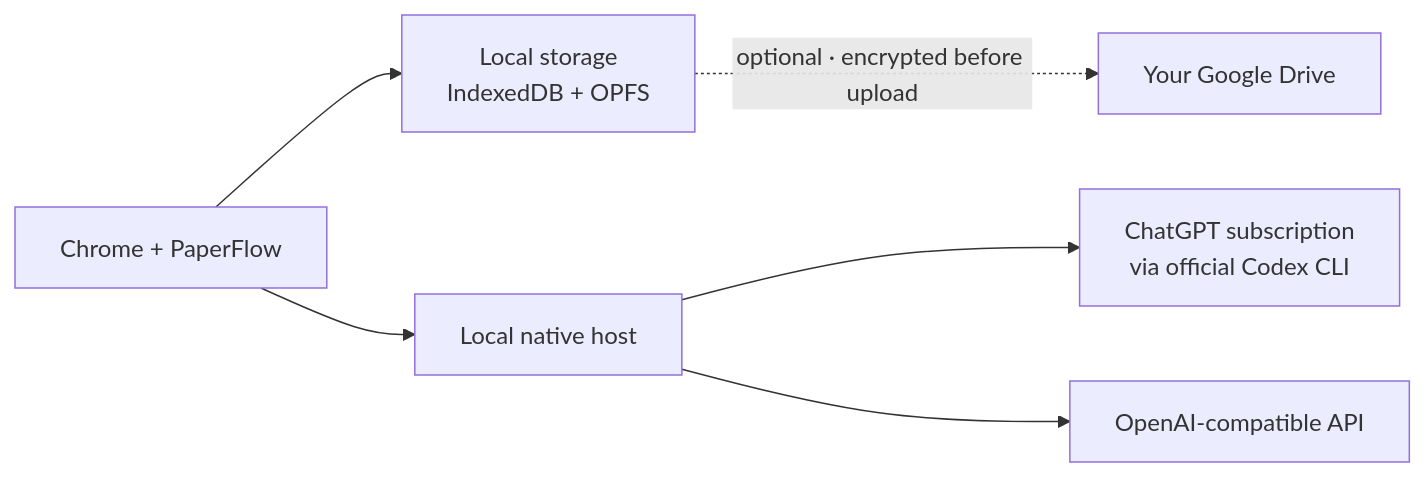
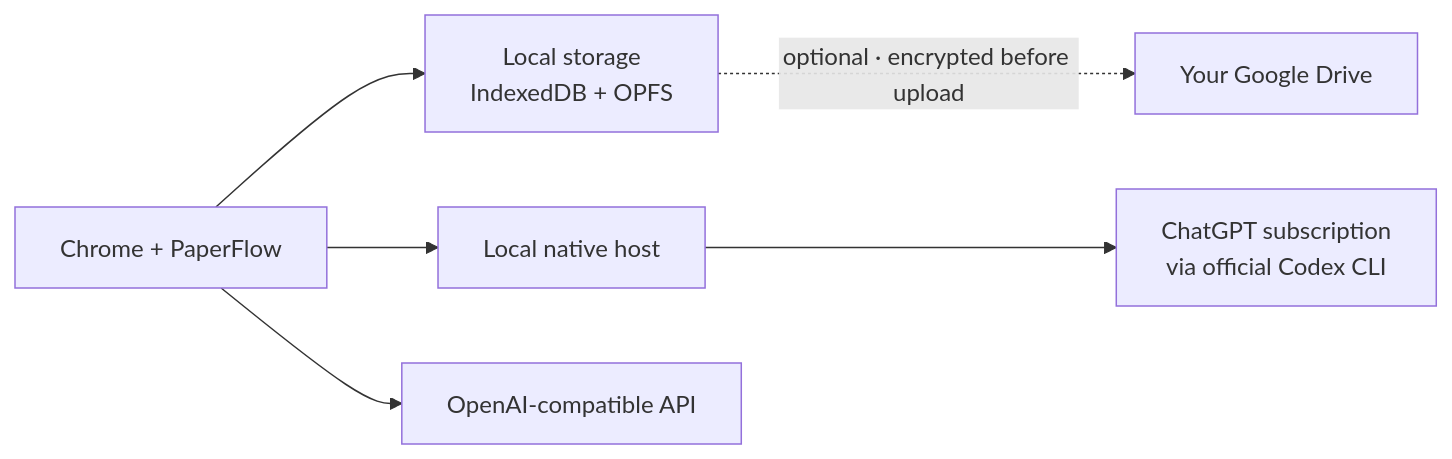
The diagram in README.md (Dai0-2/paperflow), drawn with Mermaid before and after one commit. The commit also changed other lines of this file and 29 other files, not shown here.

````diff
--- a/README.md
+++ b/README.md
@@ -113,8 +113,8 @@
 ```mermaid
 flowchart LR
     B["Chrome + PaperFlow"] --> L["Local storage<br/>IndexedDB + OPFS"]
     L -. "optional · encrypted before upload" .-> D["Your Google Drive"]
     B --> H["Local native host"]
     H --> C["ChatGPT subscription<br/>via official Codex CLI"]
-    H --> A["OpenAI-compatible API"]
+    B --> A["OpenAI-compatible API"]
 ```
````
